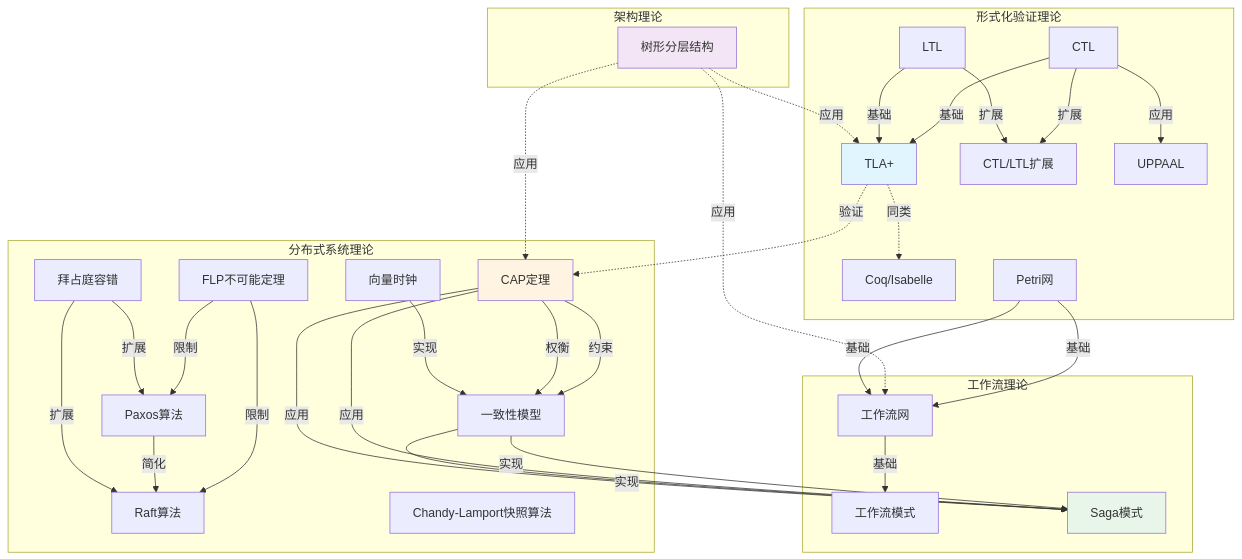
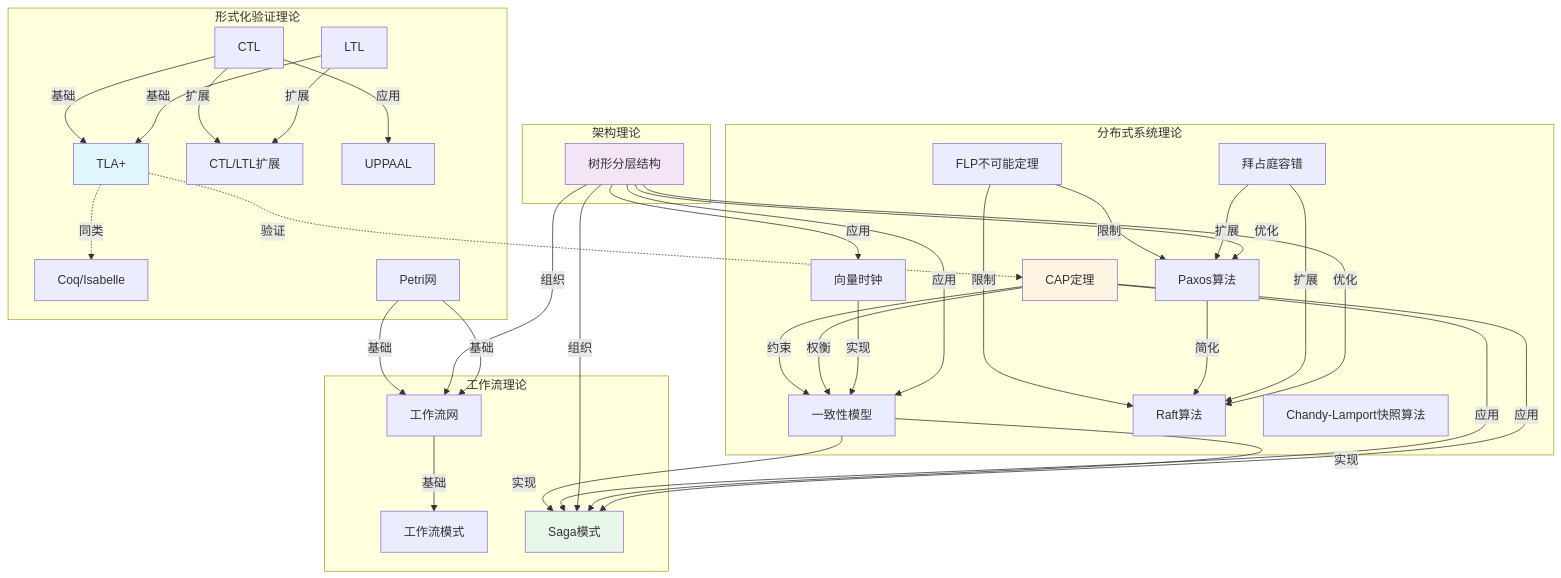
One commit to AdaMartin18010/DistributedComputing-WorkFlow changed the diagram in docs/07-KNOWLEDGE/理论模型完整联系体系.md. Above: the diagram before and after it, drawn with Mermaid. The commit also changed other lines of this file and 68 other files, not shown here.

````diff
--- a/docs/07-KNOWLEDGE/理论模型完整联系体系.md
+++ b/docs/07-KNOWLEDGE/理论模型完整联系体系.md
@@ -416,73 +416,76 @@
 ```mermaid
 graph TB
     subgraph "形式化验证理论"
         TLA[TLA+]
         CTL[CTL]
         LTL[LTL]
         CTL_EXT[CTL/LTL扩展]
         UPP[UPPAAL]
         COQ[Coq/Isabelle]
         PETRI[Petri网]
     end
 
     subgraph "分布式系统理论"
         CAP[CAP定理]
         FLP[FLP不可能定理]
         CONS[一致性模型]
         VC[向量时钟]
         BFT[拜占庭容错]
         PAX[Paxos算法]
         RAFT[Raft算法]
         CL[Chandy-Lamport快照算法]
     end
 
     subgraph "工作流理论"
         WF_NET[工作流网]
         WF_PAT[工作流模式]
         SAGA[Saga模式]
     end
 
     subgraph "架构理论"
         ARCH[树形分层结构]
     end
 
     %% 形式化验证理论内部联系
     CTL -->|基础| TLA
     LTL -->|基础| TLA
     CTL -->|扩展| CTL_EXT
     LTL -->|扩展| CTL_EXT
     CTL -->|应用| UPP
     TLA -.同类.-> COQ
 
     %% 分布式系统理论内部联系
     CAP -->|约束| CONS
     CAP -->|权衡| CONS
     FLP -->|限制| PAX
     FLP -->|限制| RAFT
     PAX -->|简化| RAFT
     VC -->|实现| CONS
     BFT -->|扩展| PAX
     BFT -->|扩展| RAFT
 
     %% 工作流理论内部联系
     PETRI -->|基础| WF_NET
     WF_NET -->|基础| WF_PAT
     CONS -->|实现| SAGA
     CAP -->|应用| SAGA
 
     %% 架构理论联系
-    ARCH -.应用.-> TLA
-    ARCH -.应用.-> CAP
-    ARCH -.应用.-> WF_NET
+    ARCH -->|优化| PAX
+    ARCH -->|优化| RAFT
+    ARCH -->|组织| WF_NET
+    ARCH -->|组织| SAGA
+    ARCH -->|应用| CONS
+    ARCH -->|应用| VC
 
     %% 跨分类联系
     TLA -.验证.-> CAP
     PETRI -->|基础| WF_NET
     CONS -->|实现| SAGA
     CAP -->|应用| SAGA
 
     style TLA fill:#e1f5ff
     style CAP fill:#fff4e1
     style SAGA fill:#e8f5e9
     style ARCH fill:#f3e5f5
 ```
````
